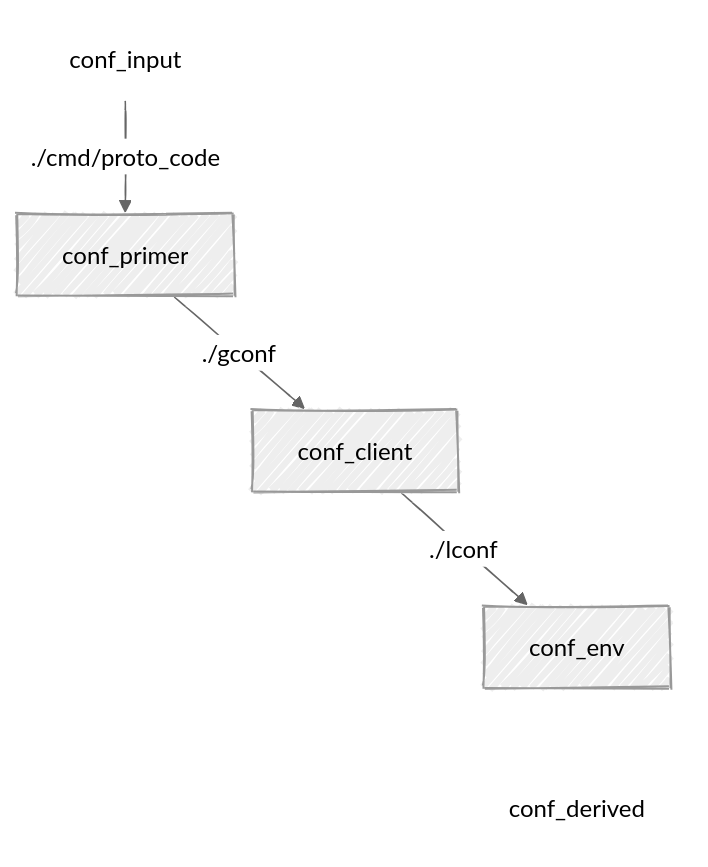
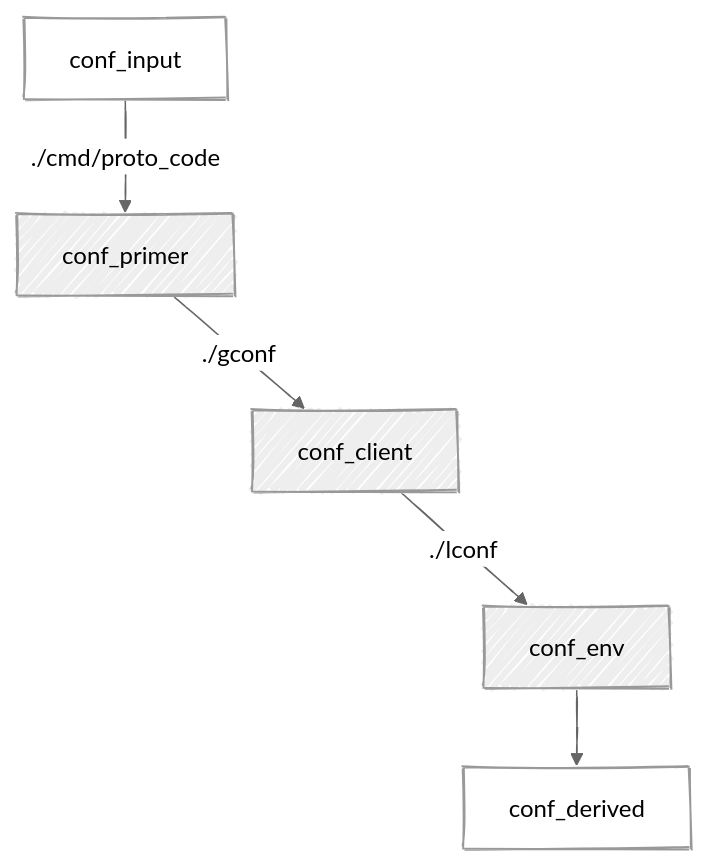
One commit to uvsmtid/protoprimer changed the fourth of 4 diagrams in readme.md. Above: the diagram before and after it, drawn with Mermaid. The commit also changed other lines of this file and 13 other files, not shown here.

````diff
--- a/readme.md
+++ b/readme.md
@@ -425,49 +431,48 @@
 ```mermaid
 ---
 config:
   look: handDrawn
   theme: neutral
 ---
 graph TD;
     conf_input["`conf_input`"]
     conf_primer["`conf_primer`"];
     conf_client["`conf_client`"];
     conf_env["`conf_env`"];
     conf_derived["`conf_derived`"]
 
     conf_input -- "`./cmd/proto_code`" --> conf_primer;
     conf_primer -- "`./gconf`" --> conf_client;
     conf_client -- "`./lconf`" --> conf_env;
-    conf_env --- conf_derived;
+    conf_env --> conf_derived;
 
     invis_L1_S2[ ];
     invis_L1_S3[ ];
 
     invis_L2_S1[ ];
     invis_L2_S3[ ];
 
     invis_L3_S1[ ];
     invis_L3_S2[ ];
 
     conf_primer ~~~ invis_L1_S2;
     invis_L1_S2 ~~~ invis_L1_S3;
 
     invis_L2_S1 ~~~ conf_client;
     conf_client ~~~ invis_L2_S3;
 
     invis_L3_S1 ~~~ invis_L3_S2;
     invis_L3_S2 ~~~ conf_env;
 
-    style conf_input fill:none,stroke:none;
-    style conf_derived fill:none,stroke:none;
-    linkStyle 3 stroke-width:0px
+    style conf_input fill:none;
+    style conf_derived fill:none;
 
     style invis_L1_S2 fill:none,stroke:none;
     style invis_L1_S3 fill:none,stroke:none;
 
     style invis_L2_S1 fill:none,stroke:none;
     style invis_L2_S3 fill:none,stroke:none;
 
     style invis_L3_S1 fill:none,stroke:none;
     style invis_L3_S2 fill:none,stroke:none;
 ```
````
